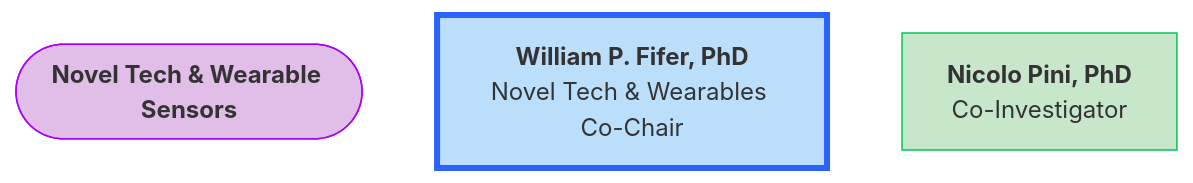
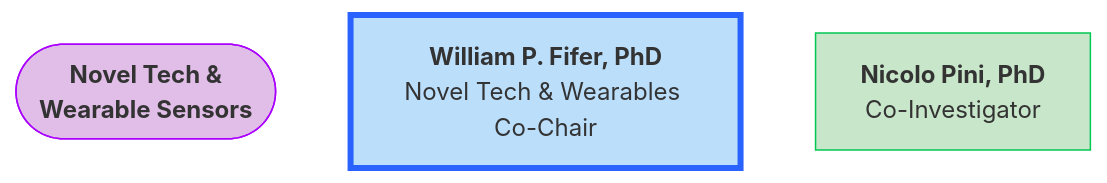
Before and after one commit to DCAN-Labs/hbcd-docs-internal: the third of 3 diagrams in docs/orgcharts.md, drawn with Mermaid.

````diff
--- a/docs/orgcharts.md
+++ b/docs/orgcharts.md
@@ -907,10 +907,10 @@
 ```mermaid
 flowchart TB
-    A(["<b>Novel Tech &amp; Wearable Sensors</b>"])
+    A(["<b>Novel Tech &amp;<br>Wearable Sensors</b>"])
     B["<b>William P. Fifer, PhD</b><br>Novel Tech & Wearables Co-Chair"]
     C["<b>Nicolo Pini, PhD</b><br>Co-Investigator"]
 
     style A fill:#E1BEE7,stroke:#AA00FF
     style B fill:#BBDEFB,stroke:#2962FF,stroke-width:4px
     style C fill:#C8E6C9,stroke:#00C853
 ```
````
